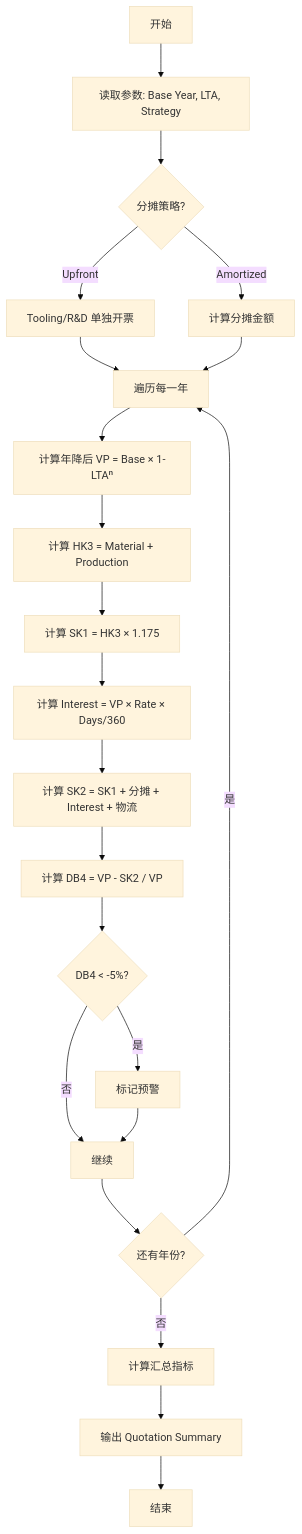
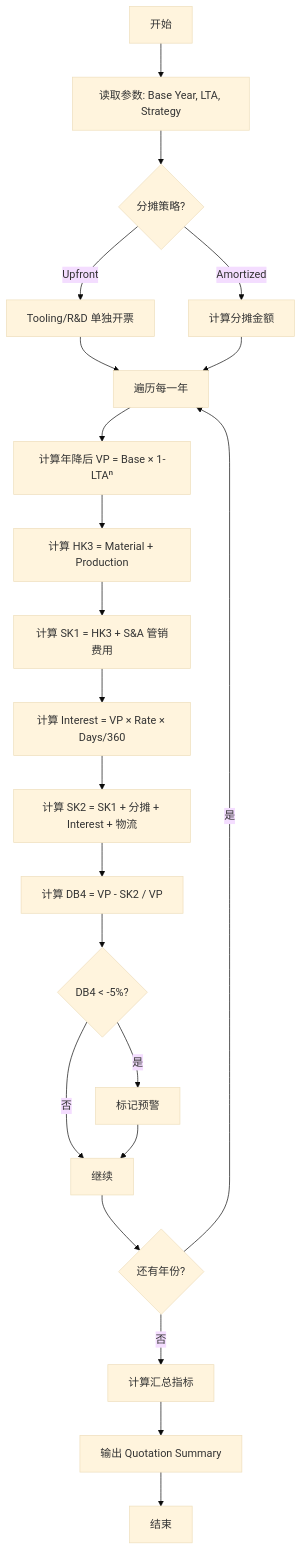
Before and after one commit to randyluo85/Quoting-Copilot: the diagram in docs/QUOTATION_SUMMARY_LOGIC.md, drawn with Mermaid (base theme).

Commit message:
auto: claude changes

````diff
--- a/docs/QUOTATION_SUMMARY_LOGIC.md
+++ b/docs/QUOTATION_SUMMARY_LOGIC.md
@@ -225,24 +225,24 @@
 ```mermaid
 flowchart TD
     A[开始] --> B[读取参数: Base Year, LTA, Strategy]
     B --> C{分摊策略?}
     C -->|Upfront| D[Tooling/R&D 单独开票]
     C -->|Amortized| E[计算分摊金额]
     D --> F[遍历每一年]
     E --> F
     F --> G[计算年降后 VP = Base × 1-LTAⁿ]
     G --> H[计算 HK3 = Material + Production]
-    H --> I[计算 SK1 = HK3 × 1.175]
+    H --> I[计算 SK1 = HK3 + S&A 管销费用]
     I --> J[计算 Interest = VP × Rate × Days/360]
     J --> K[计算 SK2 = SK1 + 分摊 + Interest + 物流]
     K --> L[计算 DB4 = VP - SK2 / VP]
     L --> M{DB4 < -5%?}
     M -->|是| N[标记预警]
     M -->|否| O[继续]
     N --> O
     O --> P{还有年份?}
     P -->|是| F
     P -->|否| Q[计算汇总指标]
     Q --> R[输出 Quotation Summary]
     R --> S[结束]
 ```
````
